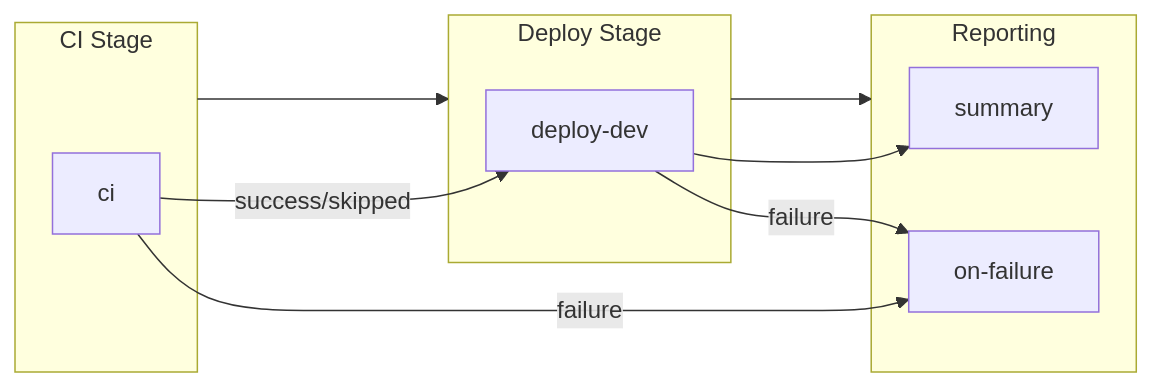
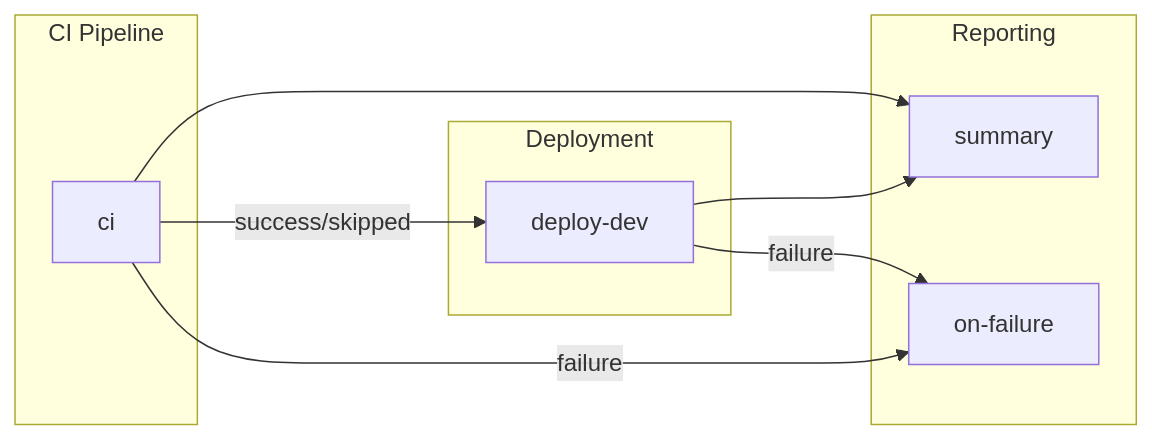
The diagram in docs/devops/github-actions-azure-dev.md (Evilazaro/Azure-LogicApps-Monitoring), drawn with Mermaid before and after one commit. The commit also changed 1 other file, not shown here.

Commit message:
docs: Standardize subgraph headings in CI and CD workflow diagrams for clarity

````diff
--- a/docs/devops/github-actions-azure-dev.md
+++ b/docs/devops/github-actions-azure-dev.md
@@ -65,21 +65,21 @@
 ```mermaid
 flowchart LR
-    subgraph ci-stage["CI Stage"]
+    subgraph CI ["CI Pipeline"]
         ci["ci"]
     end
-    
-    subgraph deploy-stage["Deploy Stage"]
+
+    subgraph Deployment ["Deployment"]
         deploy-dev["deploy-dev"]
     end
-    
-    subgraph reporting["Reporting"]
+
+    subgraph Reporting ["Reporting"]
         summary["summary"]
         on-failure["on-failure"]
     end
-    
-    ci-stage --> deploy-stage
-    deploy-stage --> reporting
+
     ci -->|success/skipped| deploy-dev
     deploy-dev --> summary
-    ci & deploy-dev -->|failure| on-failure
+    ci --> summary
+    ci -->|failure| on-failure
+    deploy-dev -->|failure| on-failure
 ```
````
